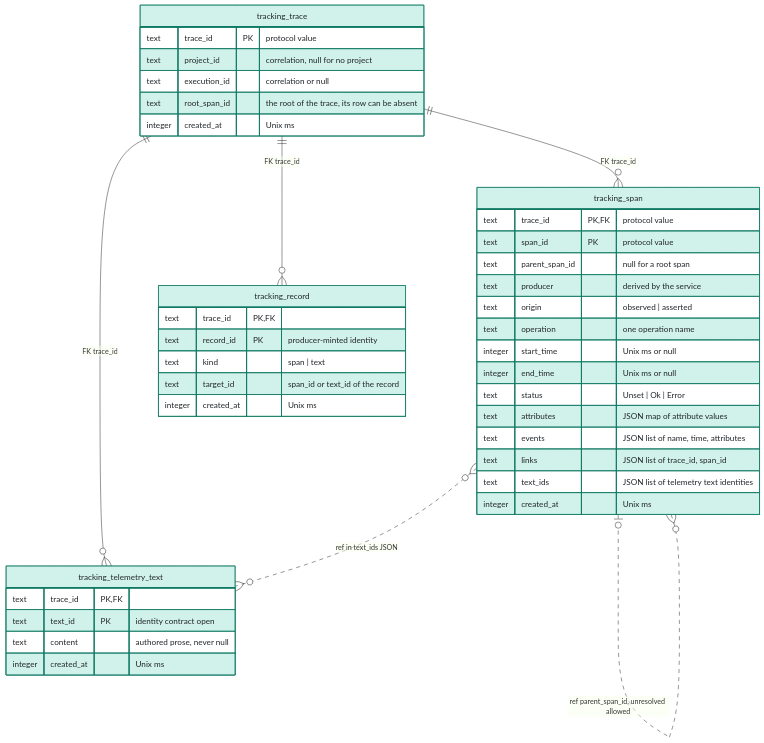
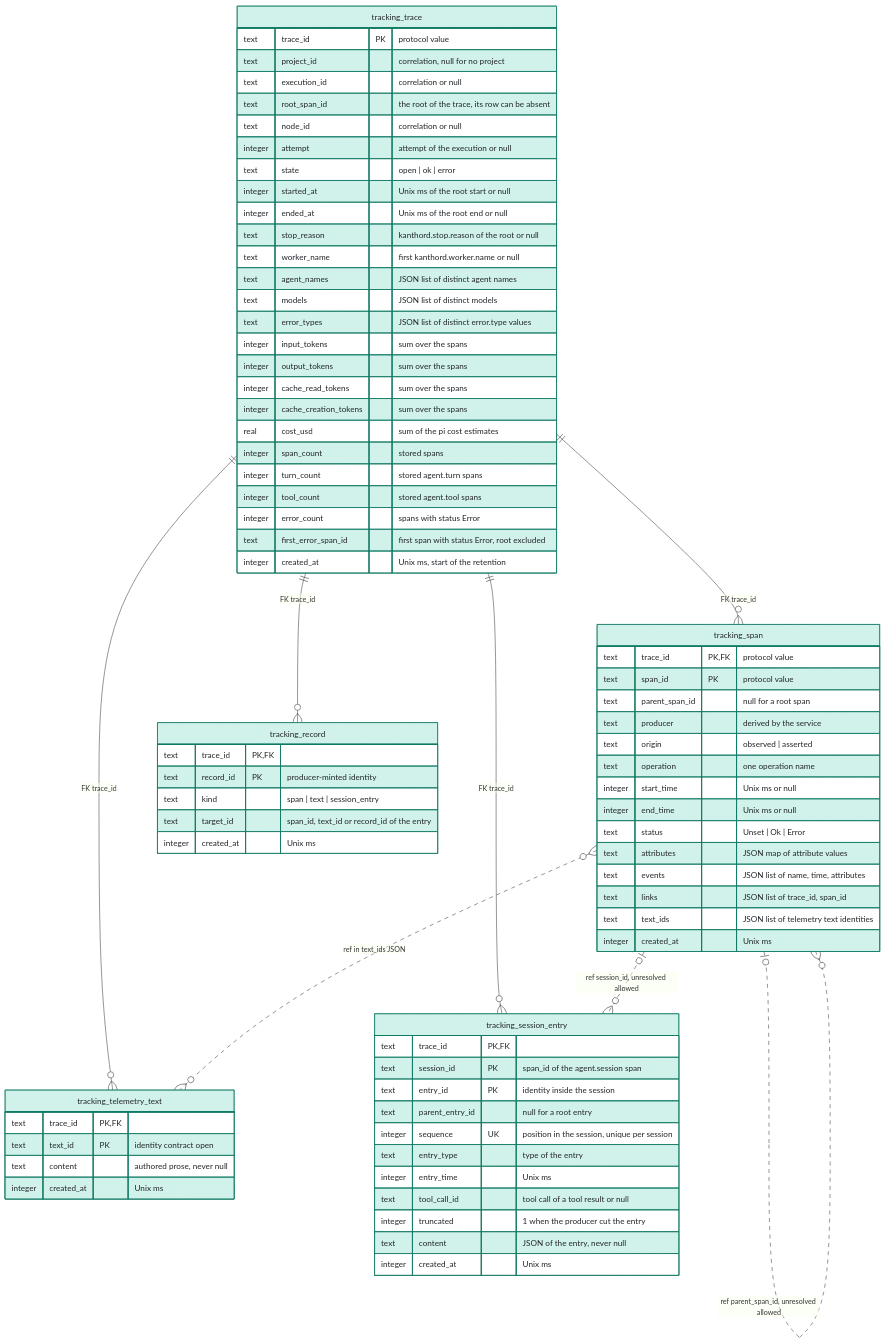
One commit to kanthorlabs/kanthord changed the diagram in docs/reference/erd/04-tracking.md. Above: the diagram before and after it, drawn with Mermaid. The commit also changed other lines of this file and 1 other file, not shown here.

Commit message:
docs(tracking): add the session entry table and the trace summary to ERD 4

````diff
--- a/docs/reference/erd/04-tracking.md
+++ b/docs/reference/erd/04-tracking.md
@@ -34,7 +34,27 @@
         text project_id "correlation, null for no project"
         text execution_id "correlation or null"
         text root_span_id "the root of the trace, its row can be absent"
-        integer created_at "Unix ms"
+        text node_id "correlation or null"
+        integer attempt "attempt of the execution or null"
+        text state "open | ok | error"
+        integer started_at "Unix ms of the root start or null"
+        integer ended_at "Unix ms of the root end or null"
+        text stop_reason "kanthord.stop.reason of the root or null"
+        text worker_name "first kanthord.worker.name or null"
+        text agent_names "JSON list of distinct agent names"
+        text models "JSON list of distinct models"
+        text error_types "JSON list of distinct error.type values"
+        integer input_tokens "sum over the spans"
+        integer output_tokens "sum over the spans"
+        integer cache_read_tokens "sum over the spans"
+        integer cache_creation_tokens "sum over the spans"
+        real cost_usd "sum of the pi cost estimates"
+        integer span_count "stored spans"
+        integer turn_count "stored agent.turn spans"
+        integer tool_count "stored agent.tool spans"
+        integer error_count "spans with status Error"
+        text first_error_span_id "first span with status Error, root excluded"
+        integer created_at "Unix ms, start of the retention"
     }
 
     tracking_span {
@@ -57,8 +77,8 @@
     tracking_record {
         text trace_id PK, FK
         text record_id PK "producer-minted identity"
-        text kind "span | text"
-        text target_id "span_id or text_id of the record"
+        text kind "span | text | session_entry"
+        text target_id "span_id, text_id or record_id of the entry"
         integer created_at "Unix ms"
     }
 
@@ -69,7 +89,23 @@
         integer created_at "Unix ms"
     }
 
+    tracking_session_entry {
+        text trace_id PK, FK
+        text session_id PK "span_id of the agent.session span"
+        text entry_id PK "identity inside the session"
+        text parent_entry_id "null for a root entry"
+        integer sequence UK "position in the session, unique per session"
+        text entry_type "type of the entry"
+        integer entry_time "Unix ms"
+        text tool_call_id "tool call of a tool result or null"
+        integer truncated "1 when the producer cut the entry"
+        text content "JSON of the entry, never null"
+        integer created_at "Unix ms"
+    }
+
     tracking_trace ||--o{ tracking_span : "FK trace_id"
+    tracking_trace ||--o{ tracking_session_entry : "FK trace_id"
+    tracking_span |o..o{ tracking_session_entry : "ref session_id, unresolved allowed"
     tracking_trace ||--o{ tracking_record : "FK trace_id"
     tracking_trace ||--o{ tracking_telemetry_text : "FK trace_id"
     tracking_span }o..o{ tracking_span : "ref in links JSON, other trace"
@@ -77,5 +113,5 @@
     tracking_span }o..o{ tracking_telemetry_text : "ref in text_ids JSON"
 
     classDef tracking fill:#d1f2eb,stroke:#117a65,color:#212529
-    class tracking_trace,tracking_span,tracking_record,tracking_telemetry_text tracking
+    class tracking_trace,tracking_span,tracking_record,tracking_telemetry_text,tracking_session_entry tracking
 ```
````
